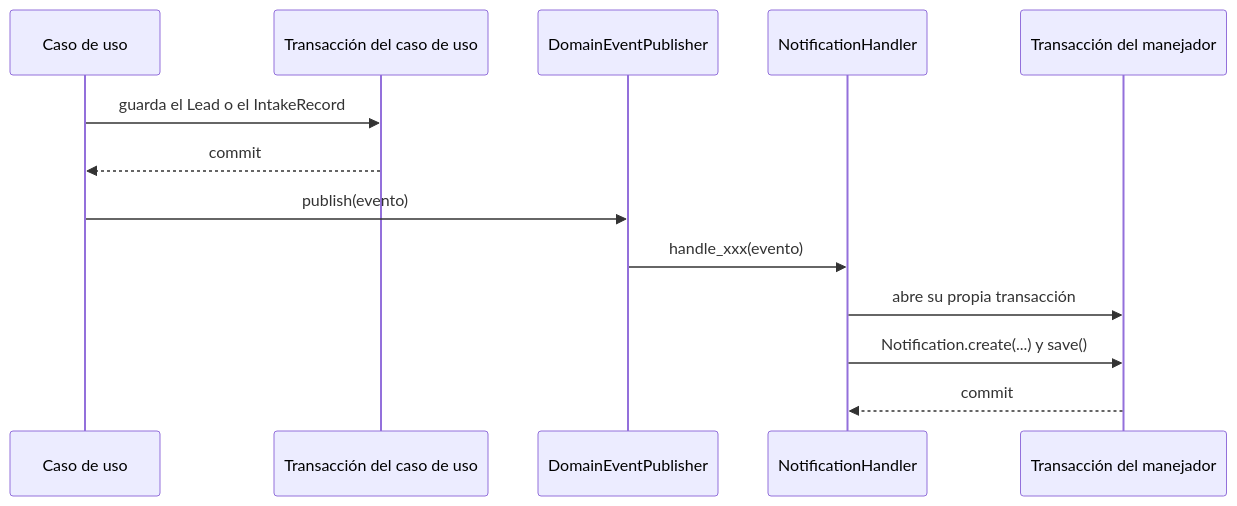
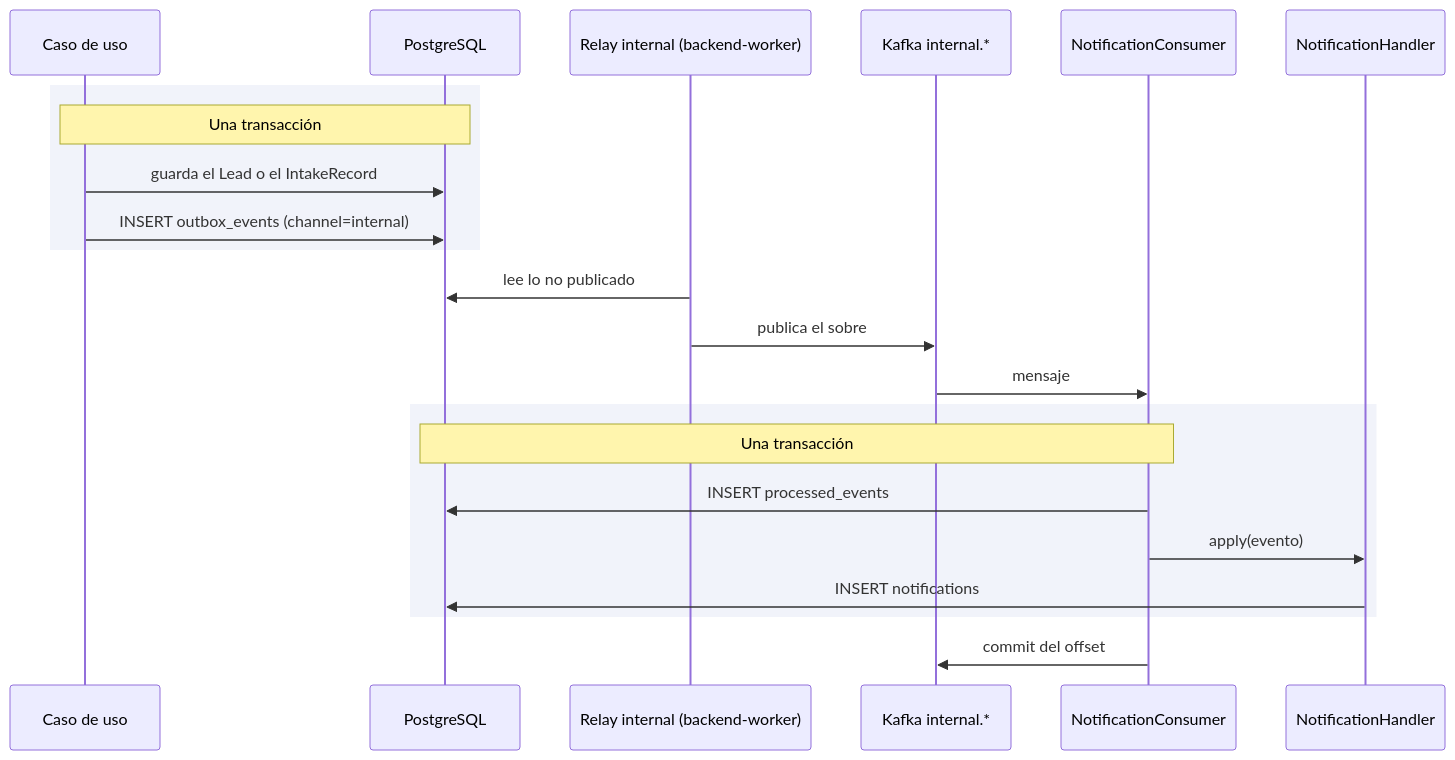
The diagram in docs/content/modulos/notificaciones.md (MDCIrony/leads-hexa), drawn with Mermaid before and after one commit. The commit also changed other lines of this file and 18 other files, not shown here.

Commit message:
docs(events): document per-channel outbox, internal topics and backend-worker

````diff
--- a/docs/content/modulos/notificaciones.md
+++ b/docs/content/modulos/notificaciones.md
@@ -18,16 +20,25 @@
 ```mermaid
 sequenceDiagram
     participant UC as Caso de uso
-    participant T1 as Transacción del caso de uso
-    participant EP as DomainEventPublisher
+    participant DB as PostgreSQL
+    participant R as Relay internal (backend-worker)
+    participant K as Kafka internal.*
+    participant NC as NotificationConsumer
     participant NH as NotificationHandler
-    participant T2 as Transacción del manejador
 
-    UC->>T1: guarda el Lead o el IntakeRecord
-    T1-->>UC: commit
-    UC->>EP: publish(evento)
-    EP->>NH: handle_xxx(evento)
-    NH->>T2: abre su propia transacción
-    NH->>T2: Notification.create(...) y save()
-    T2-->>NH: commit
+    rect rgba(63,81,181,0.07)
+    note over UC,DB: Una transacción
+    UC->>DB: guarda el Lead o el IntakeRecord
+    UC->>DB: INSERT outbox_events (channel=internal)
+    end
+    R->>DB: lee lo no publicado
+    R->>K: publica el sobre
+    K->>NC: mensaje
+    rect rgba(63,81,181,0.07)
+    note over NC,DB: Una transacción
+    NC->>DB: INSERT processed_events
+    NC->>NH: apply(evento)
+    NH->>DB: INSERT notifications
+    end
+    NC->>K: commit del offset
 ```
````
